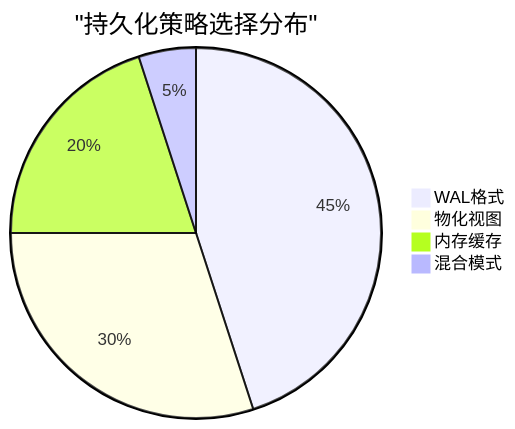
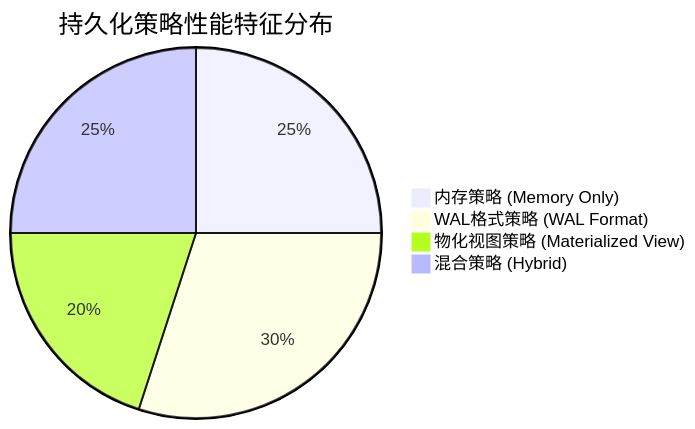
Before and after one commit to crazypenguincode/duckdb: diagram 19 of 19 in md/第五章-实验与分析.md, drawn with Mermaid. The commit also changed other lines of this file and 16 other files, not shown here.

````diff
--- a/md/第五章-实验与分析.md
+++ b/md/第五章-实验与分析.md
@@ -1364,7 +1277,7 @@
 ```mermaid
-pie title "持久化策略选择分布"
-    "WAL格式" : 45
-    "物化视图" : 30
-    "内存缓存" : 20
-    "混合模式" : 5
+pie title 持久化策略性能特征分布
+    "内存策略 (Memory Only)" : 25
+    "WAL格式策略 (WAL Format)" : 30
+    "物化视图策略 (Materialized View)" : 20
+    "混合策略 (Hybrid)" : 25
 ```
````
